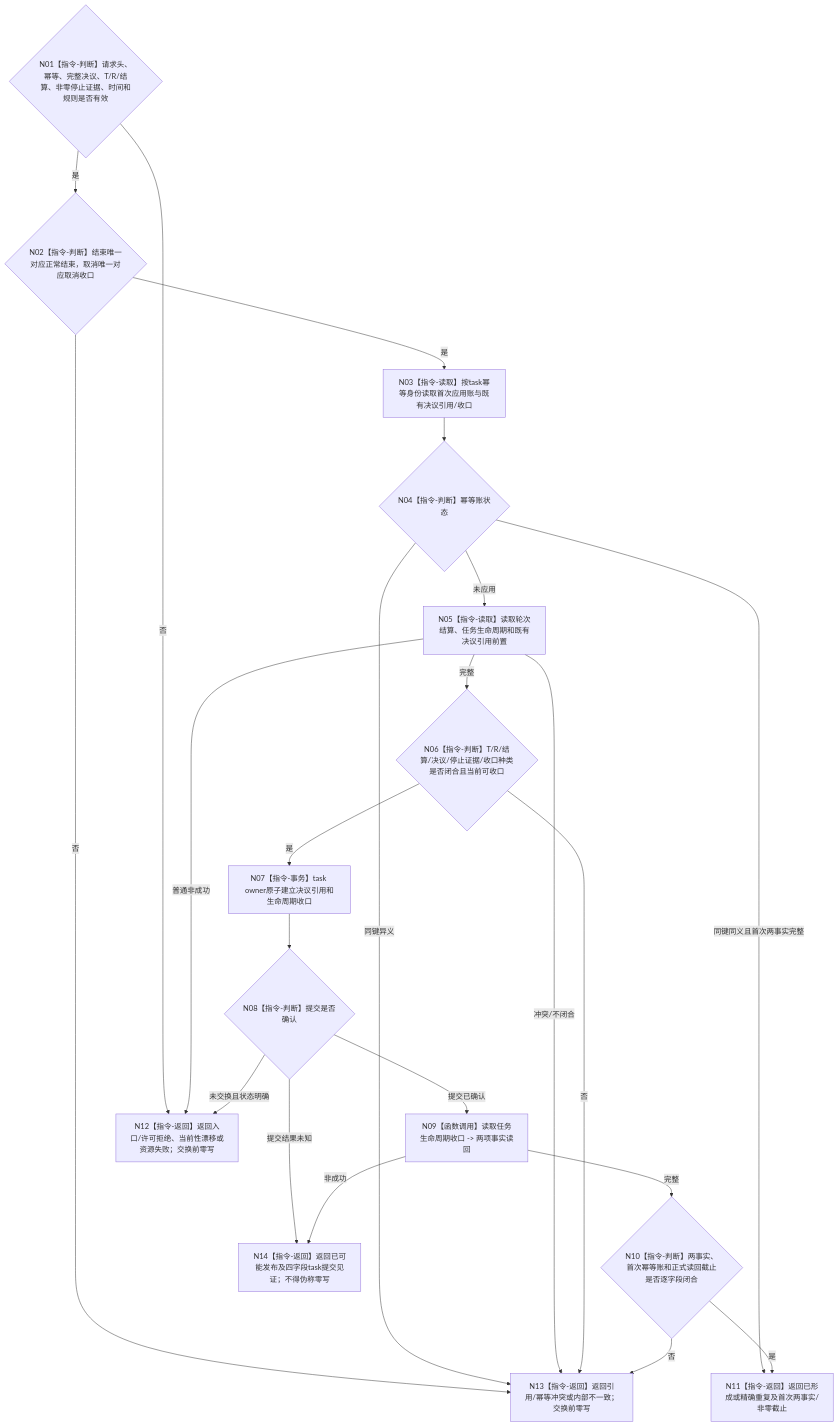
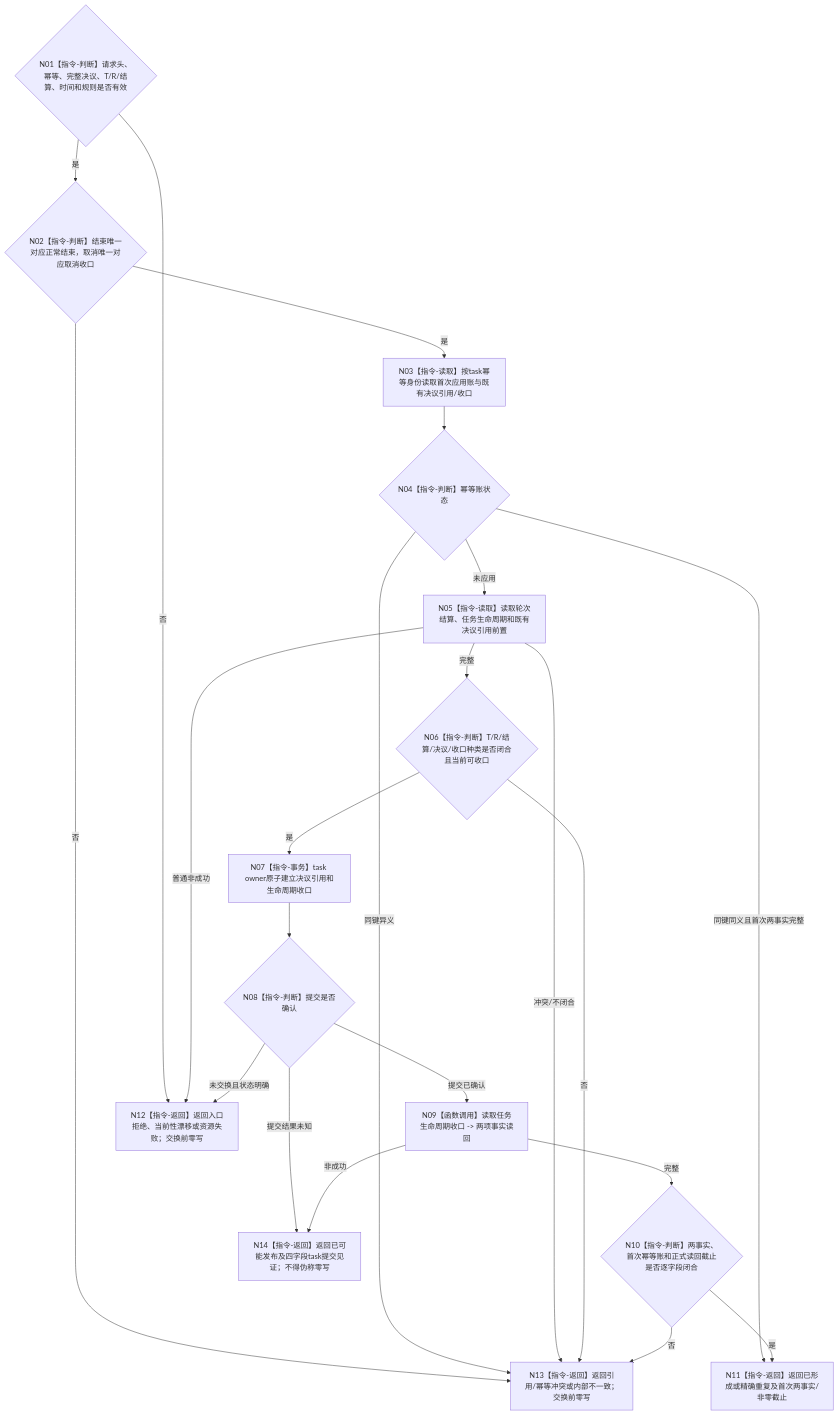
Before and after one commit to chunhaizh-cyber/HY-Ego: the diagram in 流程图/目标业务流程图/L4/BIZ-L4-004-16-04-01_写入或读取任务生命周期收口_目标函数流程图_v0.2.md, drawn with Mermaid. The commit also changed other lines of this file and 24 other files, not shown here.

````diff
--- a/流程图/目标业务流程图/L4/BIZ-L4-004-16-04-01_写入或读取任务生命周期收口_目标函数流程图_v0.2.md
+++ b/流程图/目标业务流程图/L4/BIZ-L4-004-16-04-01_写入或读取任务生命周期收口_目标函数流程图_v0.2.md
@@ -32,37 +32,37 @@
 ```mermaid
 flowchart TD
-    N01{"N01【指令-判断】请求头、幂等、完整决议、T/R/结算、非零停止证据、时间和规则是否有效"}
+    N01{"N01【指令-判断】请求头、幂等、完整决议、T/R/结算、时间和规则是否有效"}
     N02{"N02【指令-判断】结束唯一对应正常结束，取消唯一对应取消收口"}
     N03["N03【指令-读取】按task幂等身份读取首次应用账与既有决议引用/收口"]
     N04{"N04【指令-判断】幂等账状态"}
     N05["N05【指令-读取】读取轮次结算、任务生命周期和既有决议引用前置"]
-    N06{"N06【指令-判断】T/R/结算/决议/停止证据/收口种类是否闭合且当前可收口"}
+    N06{"N06【指令-判断】T/R/结算/决议/收口种类是否闭合且当前可收口"}
     N07["N07【指令-事务】task owner原子建立决议引用和生命周期收口"]
     N08{"N08【指令-判断】提交是否确认"}
     N09["N09【函数调用】读取任务生命周期收口 -> 两项事实读回"]
     N10{"N10【指令-判断】两事实、首次幂等账和正式读回截止是否逐字段闭合"}
     N11["N11【指令-返回】返回已形成或精确重复及首次两事实/非零截止"]
-    N12["N12【指令-返回】返回入口/许可拒绝、当前性漂移或资源失败；交换前零写"]
+    N12["N12【指令-返回】返回入口拒绝、当前性漂移或资源失败；交换前零写"]
     N13["N13【指令-返回】返回引用/幂等冲突或内部不一致；交换前零写"]
     N14["N14【指令-返回】返回已可能发布及四字段task提交见证；不得伪称零写"]
 
     N01 -->|否| N12
     N01 -->|是| N02
     N02 -->|否| N13
     N02 -->|是| N03 --> N04
     N04 -->|同键同义且首次两事实完整| N11
     N04 -->|同键异义| N13
     N04 -->|未应用| N05
     N05 -->|普通非成功| N12
     N05 -->|冲突/不闭合| N13
     N05 -->|完整| N06
     N06 -->|否| N13
     N06 -->|是| N07 --> N08
     N08 -->|未交换且状态明确| N12
     N08 -->|提交已确认| N09
     N08 -->|提交结果未知| N14
     N09 -->|非成功| N14
     N09 -->|完整| N10
     N10 -->|否| N13
     N10 -->|是| N11
 ```
````
